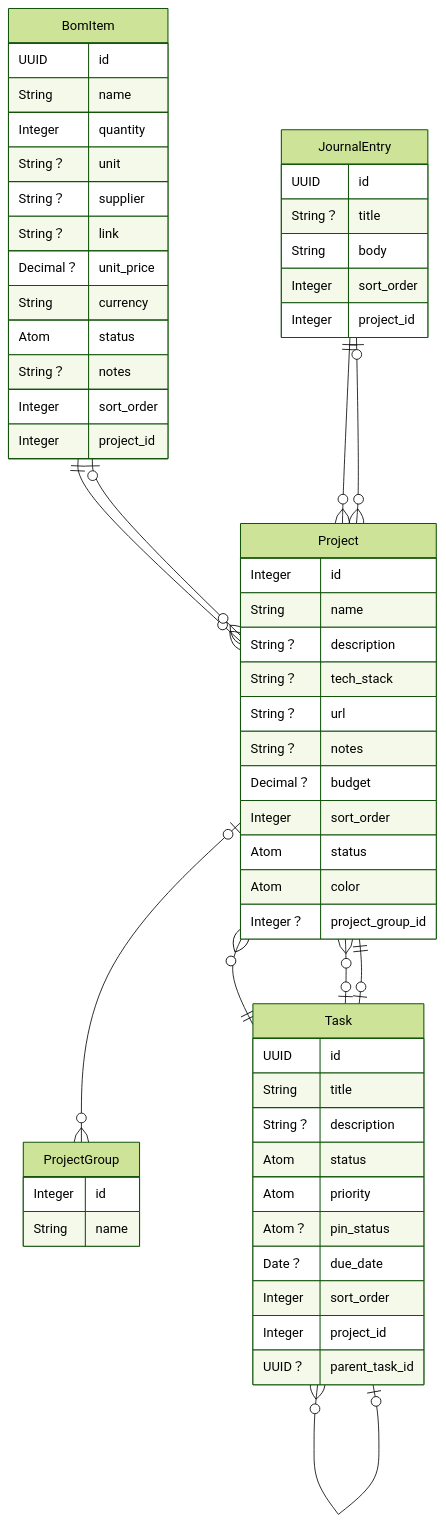
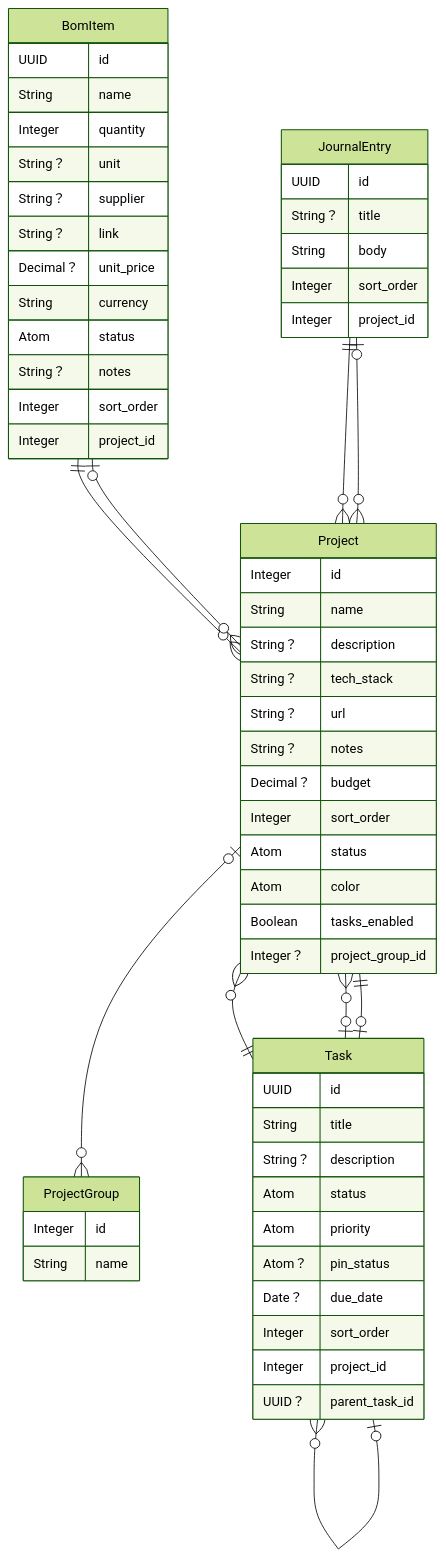
One commit to ViktorLindstrm/forge changed the diagram in docs/architecture.md. Above: the diagram before and after it, drawn with Mermaid (forest theme).

Commit message:
chore: update architecture diagram [skip ci]

````diff
--- a/docs/architecture.md
+++ b/docs/architecture.md
@@ -8,64 +8,65 @@
 ```mermaid
 erDiagram
   "Forge.Projects.BomItem"["BomItem"] {
     UUID id
     String name
     Integer quantity
     String？ unit
     String？ supplier
     String？ link
     Decimal？ unit_price
     String currency
     Atom status
     String？ notes
     Integer sort_order
     Integer project_id
   }
   "Forge.Projects.JournalEntry"["JournalEntry"] {
     UUID id
     String？ title
     String body
     Integer sort_order
     Integer project_id
   }
   "Forge.Projects.Project"["Project"] {
     Integer id
     String name
     String？ description
     String？ tech_stack
     String？ url
     String？ notes
     Decimal？ budget
     Integer sort_order
     Atom status
     Atom color
+    Boolean tasks_enabled
     Integer？ project_group_id
   }
   "Forge.Projects.ProjectGroup"["ProjectGroup"] {
     Integer id
     String name
   }
   "Forge.Projects.Task"["Task"] {
     UUID id
     String title
     String？ description
     Atom status
     Atom priority
     Atom？ pin_status
     Date？ due_date
     Integer sort_order
     Integer project_id
     UUID？ parent_task_id
   }
   "Forge.Projects.JournalEntry" ||--o{ "Forge.Projects.Project" : ""
   "Forge.Projects.Project" |o--o{ "Forge.Projects.ProjectGroup" : ""
   "Forge.Projects.BomItem" ||--o{ "Forge.Projects.Project" : ""
   "Forge.Projects.Project" }o--|| "Forge.Projects.Task" : ""
   "Forge.Projects.Task" |o--o{ "Forge.Projects.Task" : ""
   "Forge.Projects.Project" }o--o| "Forge.Projects.Task" : ""
   "Forge.Projects.BomItem" |o--o{ "Forge.Projects.Project" : ""
   "Forge.Projects.JournalEntry" |o--o{ "Forge.Projects.Project" : ""
   "Forge.Projects.Task" }o--o| "Forge.Projects.Task" : ""
   "Forge.Projects.Project" ||--o| "Forge.Projects.Task" : ""
 
 ```
````
